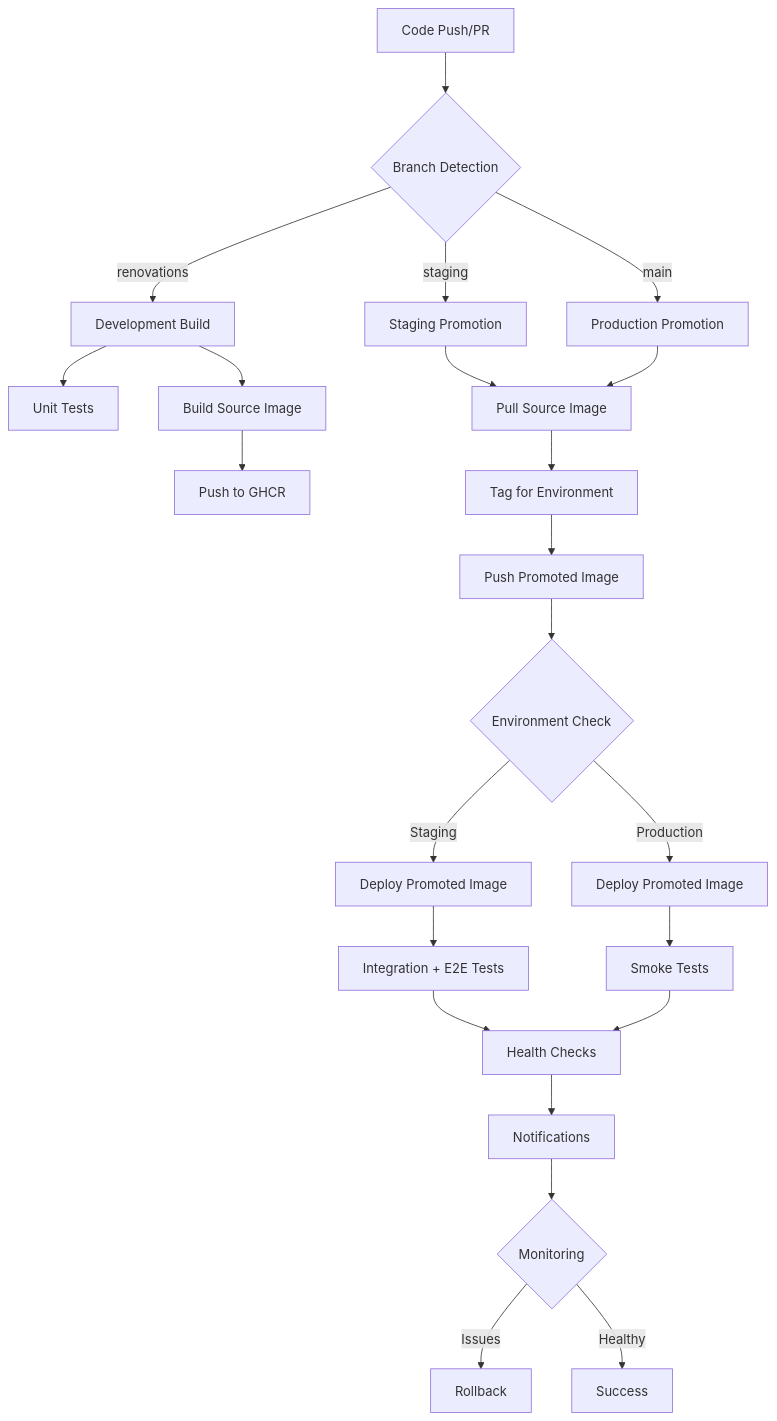
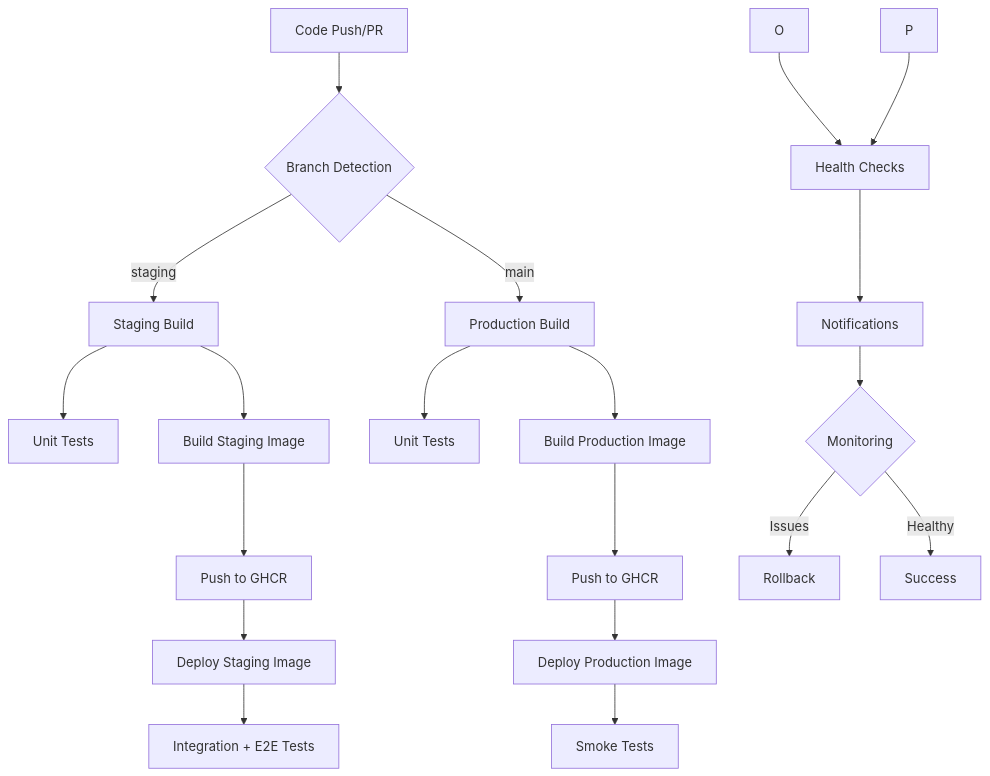
One commit to bxmty/dotca changed the second of 6 diagrams in docs/ci-cd-architecture.md. Above: the diagram before and after it, drawn with Mermaid. The commit also changed other lines of this file and 1 other file, not shown here.

First line of the commit message:
feat: Remove renovations branch and simplify workflow to staging -> main

````diff
--- a/docs/ci-cd-architecture.md
+++ b/docs/ci-cd-architecture.md
@@ -211,32 +209,29 @@
 ```mermaid
 graph TD
     A[Code Push/PR] --> B{Branch Detection}
-    B -->|renovations| C[Development Build]
-    B -->|staging| D[Staging Promotion]
-    B -->|main| E[Production Promotion]
+    B -->|staging| C[Staging Build]
+    B -->|main| D[Production Build]
 
-    C --> F[Unit Tests]
-    C --> G[Build Source Image]
-    G --> H[Push to GHCR]
+    C --> E[Unit Tests]
+    C --> F[Build Staging Image]
+    F --> G[Push to GHCR]
 
-    D --> I[Pull Source Image]
-    E --> I
-    I --> J[Tag for Environment]
-    J --> K[Push Promoted Image]
+    D --> H[Unit Tests]
+    D --> I[Build Production Image]
+    I --> J[Push to GHCR]
 
-    K --> L{Environment Check}
-    L -->|Staging| M[Deploy Promoted Image]
-    L -->|Production| N[Deploy Promoted Image]
+    G --> K[Deploy Staging Image]
+    J --> L[Deploy Production Image]
 
-    M --> O[Integration + E2E Tests]
-    N --> P[Smoke Tests]
+    K --> M[Integration + E2E Tests]
+    L --> N[Smoke Tests]
 
     O --> Q[Health Checks]
     P --> Q
 
     Q --> R[Notifications]
     R --> S{Monitoring}
 
     S -->|Issues| T[Rollback]
     S -->|Healthy| U[Success]
 ```
````
